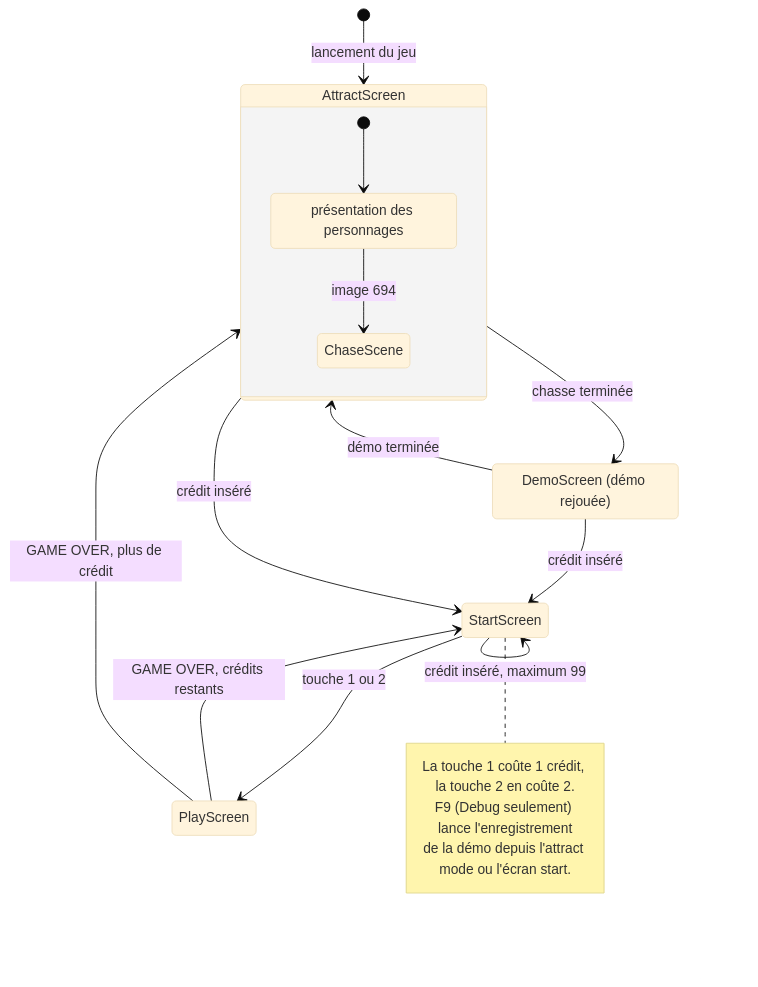
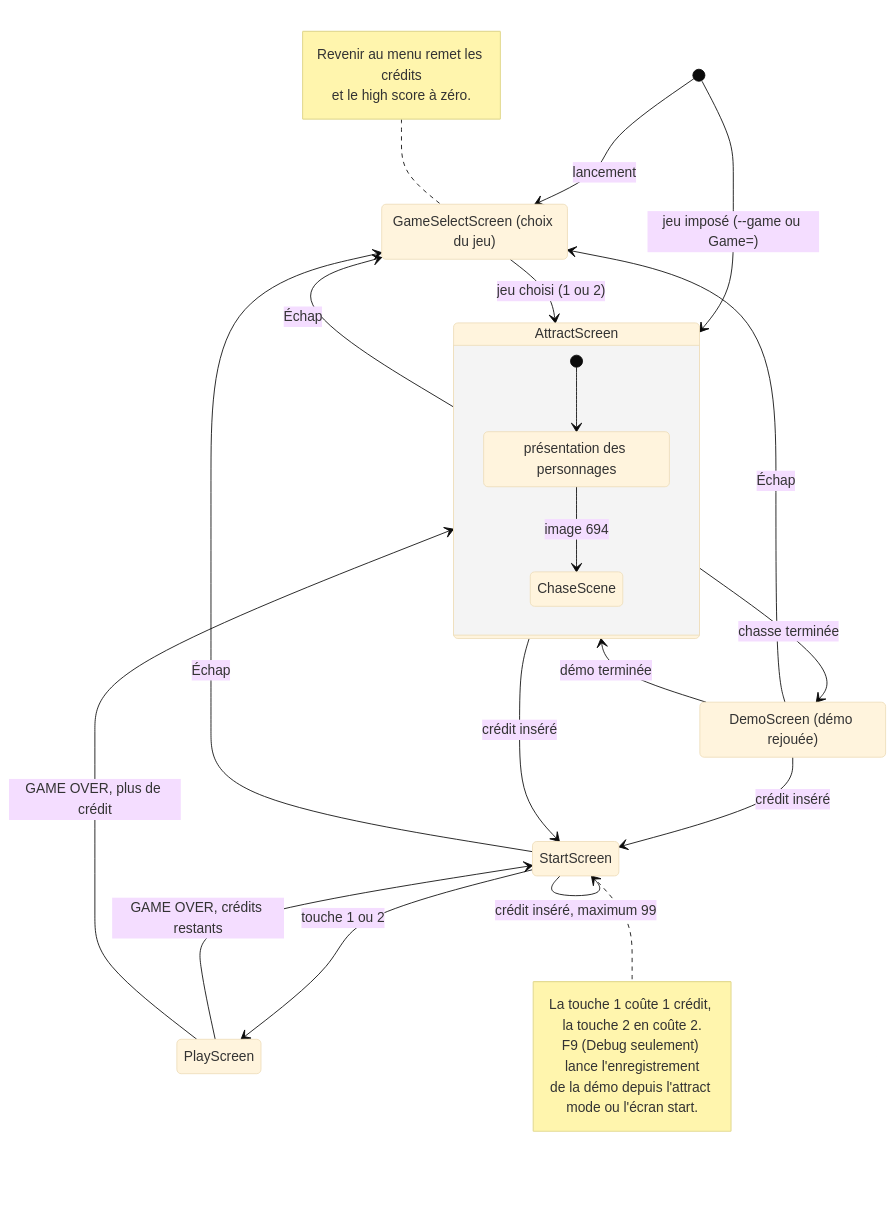
Diagram 12 of 31 in docs/Pacman_UML_et_etats.md (Telev78/pacman), drawn with Mermaid (base theme) before and after one commit. The commit also changed other lines of this file and 173 other files, not shown here.

````diff
--- a/docs/Pacman_UML_et_etats.md
+++ b/docs/Pacman_UML_et_etats.md
@@ -842,26 +1112,36 @@
 ```mermaid
 stateDiagram-v2
-  [*] --> Attract : lancement du jeu
+  [*] --> Menu : lancement
+  [*] --> Attract : jeu imposé (--game ou Game=)
   state "AttractScreen" as Attract {
     [*] --> Presentation
     Presentation --> Chasse : image 694
     Presentation : présentation des personnages
     Chasse : ChaseScene
   }
   state "DemoScreen (démo rejouée)" as Demo
   state "StartScreen" as Start
   state "PlayScreen" as Play
+  state "GameSelectScreen (choix du jeu)" as Menu
+  Menu --> Attract : jeu choisi (1 ou 2)
+  Attract --> Menu : Échap
+  Demo --> Menu : Échap
+  Start --> Menu : Échap
   Attract --> Demo : chasse terminée
   Demo --> Attract : démo terminée
   Attract --> Start : crédit inséré
   Demo --> Start : crédit inséré
   Start --> Start : crédit inséré, maximum 99
   Start --> Play : touche 1 ou 2
   Play --> Start : GAME OVER, crédits restants
   Play --> Attract : GAME OVER, plus de crédit
   note right of Start
     La touche 1 coûte 1 crédit, la touche 2 en coûte 2.
     F9 (Debug seulement) lance l'enregistrement
     de la démo depuis l'attract mode ou l'écran start.
   end note
+  note left of Menu
+    Revenir au menu remet les crédits
+    et le high score à zéro.
+  end note
 ```
````
